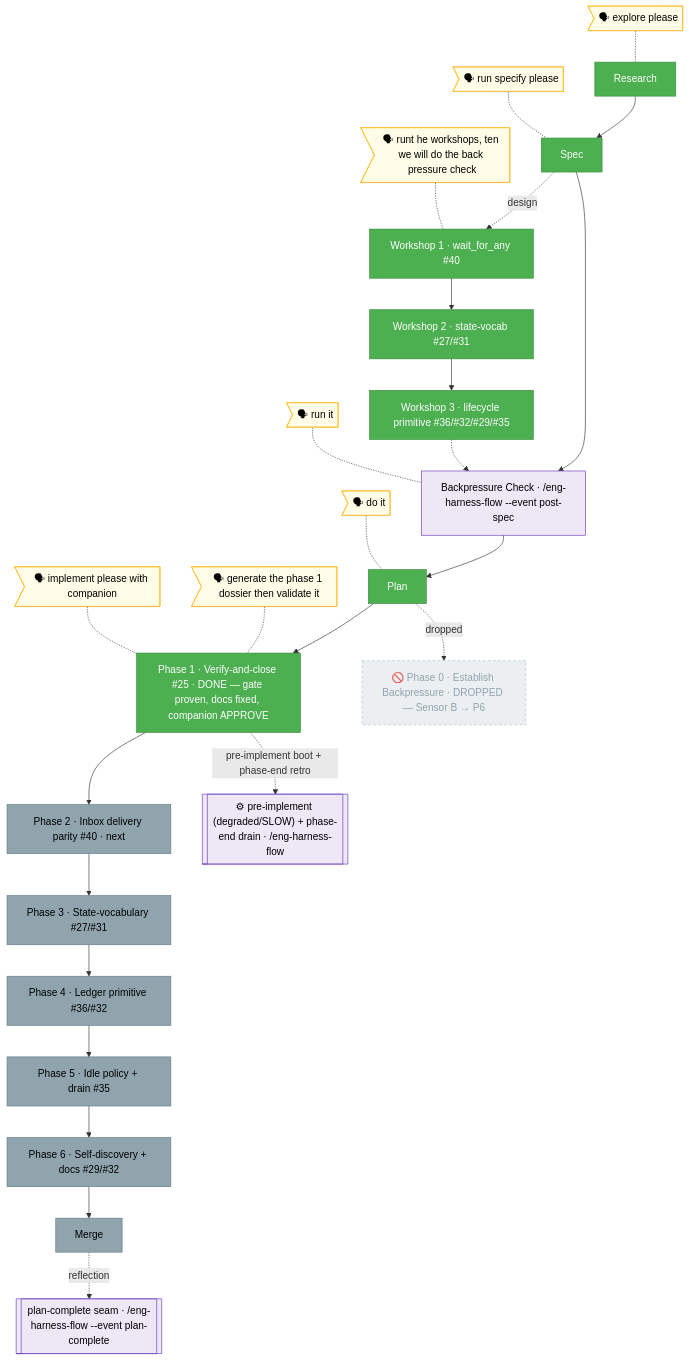
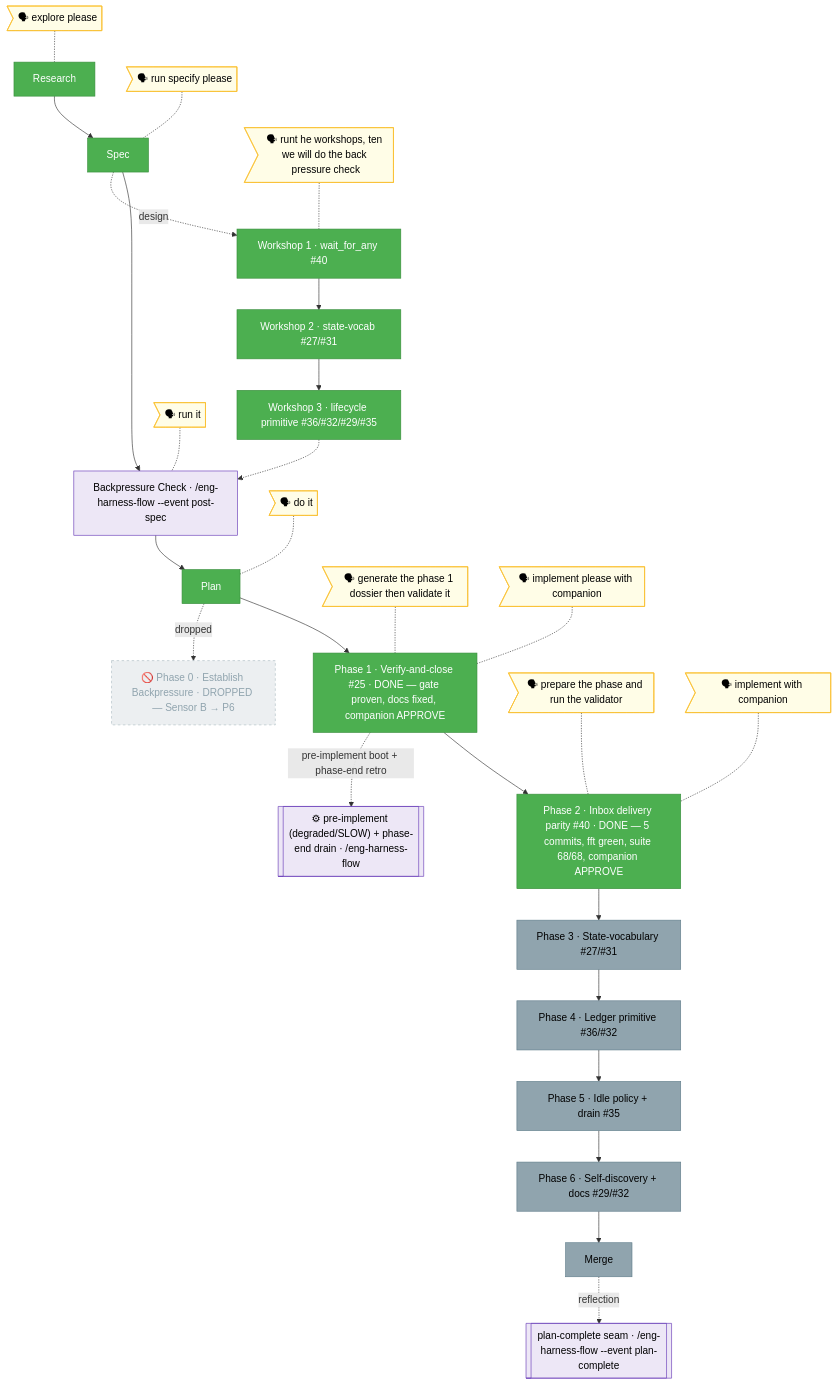
Before and after one commit to AI-Substrate/minih: the diagram in docs/plans/027-companion-coordination/the-flow.md, drawn with Mermaid. The commit also changed other lines of this file and 2 other files, not shown here.

Commit message:
chore(027): close Phase 2 (#40), advance flight plan to Phase 3
Phase 2 implemented with the companion (5 commits, fft green, suite 68/68,
companion 0 findings). Flight plan: p2 -> done, cursor -> p3; milestones 5/10.
Next pending: Phase 3 (#27/#31) State-vocabulary coherence tasks (stage 5).

````diff
--- a/docs/plans/027-companion-coordination/the-flow.md
+++ b/docs/plans/027-companion-coordination/the-flow.md
@@ -7,48 +7,52 @@
 ```mermaid
 flowchart TD
     classDef done    fill:#4CAF50,stroke:#388E3C,color:#fff
     classDef wip     fill:#FF9800,stroke:#F57C00,color:#000
     classDef blocked fill:#F44336,stroke:#D32F2F,color:#fff
     classDef known   fill:#90A4AE,stroke:#607D8B,color:#000
     classDef assumed fill:#ECEFF1,stroke:#B0BEC5,color:#90A4AE,stroke-dasharray:4 4
     classDef said    fill:#FFFDE7,stroke:#FBC02D,color:#000
     classDef harness fill:#EDE7F6,stroke:#673AB7,color:#000
 
     %% ── spine; post-spec Backpressure Check sits between Spec and Plan ──
     R[Research]:::done --> S[Spec]:::done
     S --> BP["Backpressure Check · /eng-harness-flow --event post-spec"]:::harness --> PL[Plan]:::done
     PL --> P1[Phase 1 · Verify-and-close #25 · DONE — gate proven, docs fixed, companion APPROVE]:::done
     PL -.->|dropped| P0["🚫 Phase 0 · Establish Backpressure · DROPPED — Sensor B → P6"]:::assumed
-    P1 --> P2[Phase 2 · Inbox delivery parity #40 · next]:::known
+    P1 --> P2[Phase 2 · Inbox delivery parity #40 · DONE — 5 commits, fft green, suite 68/68, companion APPROVE]:::done
     P2 --> P3[Phase 3 · State-vocabulary #27/#31]:::known
     P3 --> P4[Phase 4 · Ledger primitive #36/#32]:::known
     P4 --> P5[Phase 5 · Idle policy + drain #35]:::known
     P5 --> P6[Phase 6 · Self-discovery + docs #29/#32]:::known
     P6 --> M[Merge]:::known
 
     %% ── excursions: each workshop is its own node ──
     S -.->|design| W1[Workshop 1 · wait_for_any #40]:::done
     W1 --> W2[Workshop 2 · state-vocab #27/#31]:::done
     W2 --> W3[Workshop 3 · lifecycle primitive #36/#32/#29/#35]:::done
     W3 -.-> BP
 
     %% ── harness seams (router installed) ──
     P1 -.->|pre-implement boot + phase-end retro| HS1[["⚙ pre-implement (degraded/SLOW) + phase-end drain · /eng-harness-flow"]]:::harness
     M -.->|reflection| HH[["plan-complete seam · /eng-harness-flow --event plan-complete"]]:::harness
 
     %% ── verbatim user-said bubbles ──
     UR>"🗣 explore please"]:::said
     UR -.- R
     US>"🗣 run specify please"]:::said
     US -.- S
     U1>"🗣 runt he workshops, ten we will do the back pressure check"]:::said
     U1 -.- W1
     UBP>"🗣 run it"]:::said
     UBP -.- BP
     UPL>"🗣 do it"]:::said
     UPL -.- PL
     UP1a>"🗣 generate the phase 1 dossier then validate it"]:::said
     UP1a -.- P1
     UP1b>"🗣 implement please with companion"]:::said
     UP1b -.- P1
+    UP2a>"🗣 prepare the phase and run the validator"]:::said
+    UP2a -.- P2
+    UP2b>"🗣 implement with companion"]:::said
+    UP2b -.- P2
 ```
````
